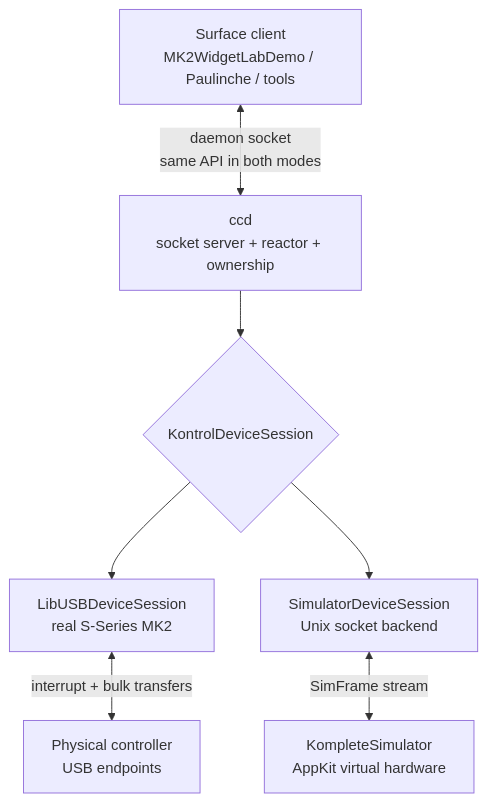
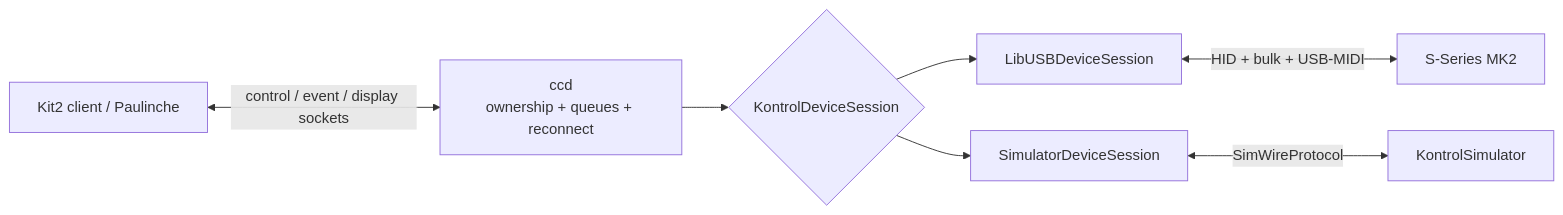
One commit to mickeyl/CompleteControl changed the second of 2 diagrams in Docs/Komplete-Kontrol-Protocol-Guide.md. Above: the diagram before and after it, drawn with Mermaid. The commit also changed other lines of this file and 11 other files, not shown here.

Commit message:
Consolidate hardware protocol documentation

````diff
--- a/Docs/Komplete-Kontrol-Protocol-Guide.md
+++ b/Docs/Komplete-Kontrol-Protocol-Guide.md
@@ -828,17 +428,17 @@
 ```mermaid
-graph TB
-    Client["Surface client<br/>MK2WidgetLabDemo / Paulinche / tools"]
-    Daemon["ccd<br/>socket server + reactor + ownership"]
+graph LR
+    Client["Kit2 client / Paulinche"]
+    Daemon["ccd<br/>ownership + queues + reconnect"]
     Session{"KontrolDeviceSession"}
-    USB["LibUSBDeviceSession<br/>real S-Series MK2"]
-    SimSession["SimulatorDeviceSession<br/>Unix socket backend"]
-    SimApp["KompleteSimulator<br/>AppKit virtual hardware"]
-    Hardware["Physical controller<br/>USB endpoints"]
+    USB["LibUSBDeviceSession"]
+    Sim["SimulatorDeviceSession"]
+    Hardware["S-Series MK2"]
+    Simulator["KontrolSimulator"]
 
-    Client <-->|"daemon socket<br/>same API in both modes"| Daemon
+    Client <-->|"control / event / display sockets"| Daemon
     Daemon --> Session
     Session --> USB
-    Session --> SimSession
-    USB <-->|"interrupt + bulk transfers"| Hardware
-    SimSession <-->|"SimFrame stream"| SimApp
+    Session --> Sim
+    USB <-->|"HID + bulk + USB-MIDI"| Hardware
+    Sim <-->|"SimWireProtocol"| Simulator
 ```
````
